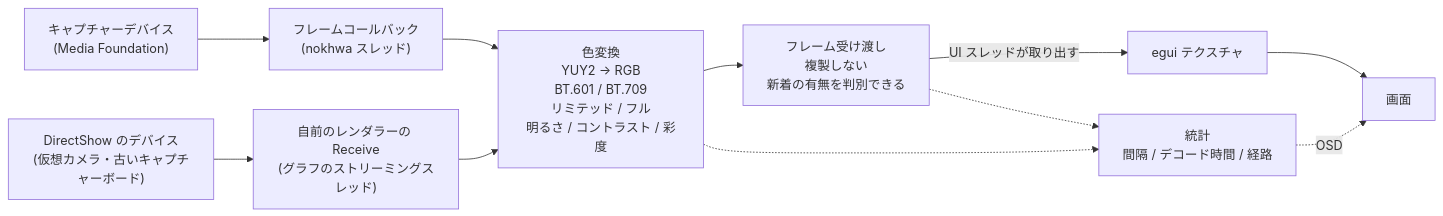
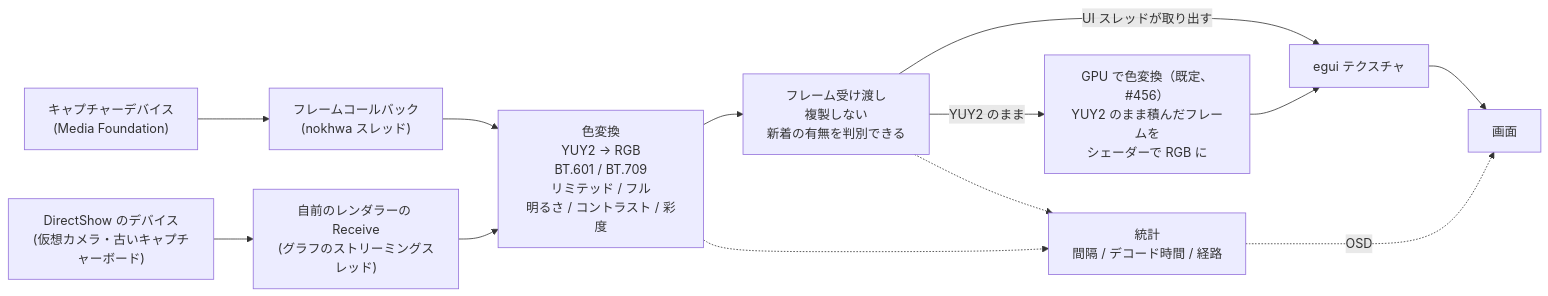
The third of 4 diagrams in docs/ARCHITECTURE.md (Mui-MuiMui/Capturecard_Viewer), drawn with Mermaid before and after one commit. The commit also changed other lines of this file and 7 other files, not shown here.

First line of the commit message:
docs: YUY2 の GPU 変換の設計と、CPU へ戻す条件・見張りの閾値の理由を書く

````diff
--- a/docs/ARCHITECTURE.md
+++ b/docs/ARCHITECTURE.md
@@ -164,19 +164,21 @@
 ```mermaid
 flowchart LR
     dev["キャプチャーデバイス<br/>(Media Foundation)"]
     cb["フレームコールバック<br/>(nokhwa スレッド)"]
     dsdev["DirectShow のデバイス<br/>(仮想カメラ・古いキャプチャーボード)"]
     dscb["自前のレンダラーの Receive<br/>(グラフのストリーミングスレッド)"]
     conv["色変換<br/>YUY2 → RGB<br/>BT.601 / BT.709<br/>リミテッド / フル<br/>明るさ / コントラスト / 彩度"]
     buf["フレーム受け渡し<br/>複製しない<br/>新着の有無を判別できる"]
+    gpu["GPU で色変換（既定、#456）<br/>YUY2 のまま積んだフレームを<br/>シェーダーで RGB に"]
     tex["egui テクスチャ"]
     draw["画面"]
     stats["統計<br/>間隔 / デコード時間 / 経路"]
 
     dev --> cb --> conv --> buf
     dsdev --> dscb --> conv
     buf -->|UI スレッドが取り出す| tex --> draw
+    buf -->|YUY2 のまま| gpu --> tex
     conv -.-> stats
     buf -.-> stats
     stats -.->|OSD| draw
 ```
````
